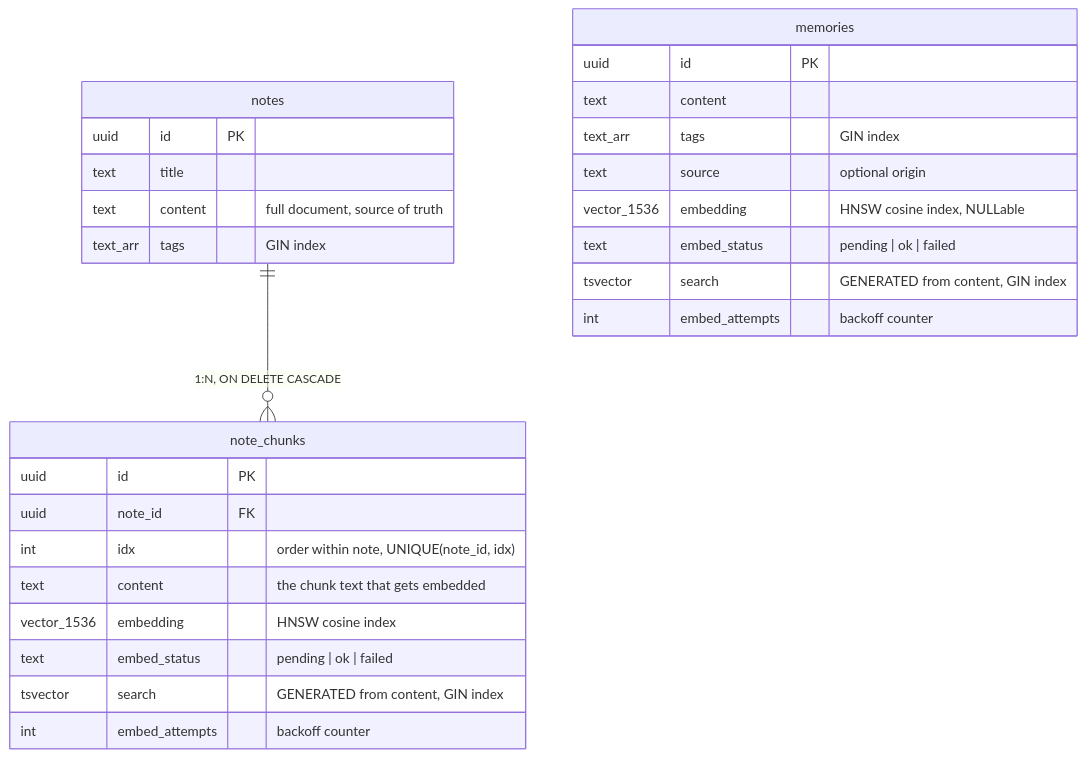
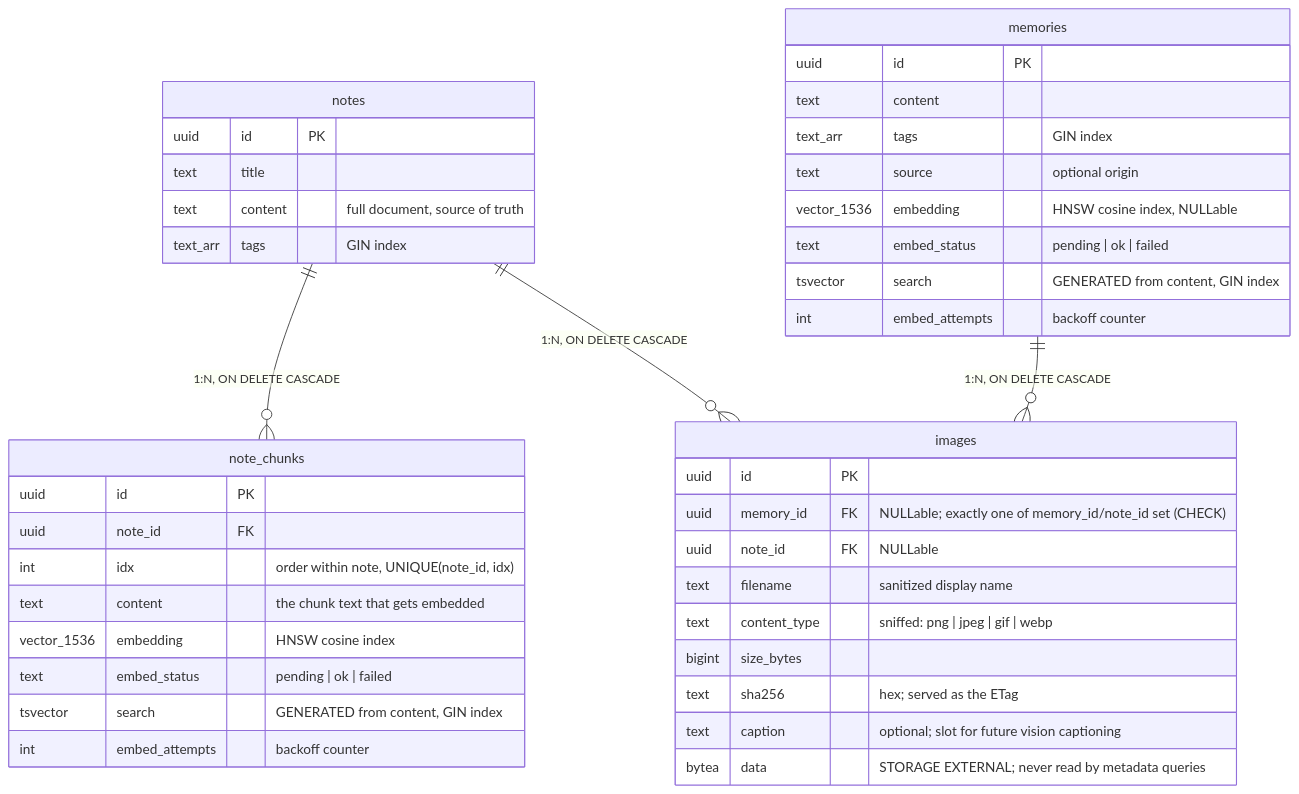
One commit to tmatti/athena changed the fourth of 7 diagrams in docs/architecture.md. Above: the diagram before and after it, drawn with Mermaid. The commit also changed other lines of this file and 18 other files, not shown here.

````diff
--- a/docs/architecture.md
+++ b/docs/architecture.md
@@ -114,30 +115,43 @@
 ```mermaid
 erDiagram
     notes ||--o{ note_chunks : "1:N, ON DELETE CASCADE"
+    memories ||--o{ images : "1:N, ON DELETE CASCADE"
+    notes ||--o{ images : "1:N, ON DELETE CASCADE"
     memories {
         uuid id PK
         text content
         text_arr tags "GIN index"
         text source "optional origin"
         vector_1536 embedding "HNSW cosine index, NULLable"
         text embed_status "pending | ok | failed"
         tsvector search "GENERATED from content, GIN index"
         int embed_attempts "backoff counter"
     }
     notes {
         uuid id PK
         text title
         text content "full document, source of truth"
         text_arr tags "GIN index"
     }
     note_chunks {
         uuid id PK
         uuid note_id FK
         int idx "order within note, UNIQUE(note_id, idx)"
         text content "the chunk text that gets embedded"
         vector_1536 embedding "HNSW cosine index"
         text embed_status "pending | ok | failed"
         tsvector search "GENERATED from content, GIN index"
         int embed_attempts "backoff counter"
     }
+    images {
+        uuid id PK
+        uuid memory_id FK "NULLable; exactly one of memory_id/note_id set (CHECK)"
+        uuid note_id FK "NULLable"
+        text filename "sanitized display name"
+        text content_type "sniffed: png | jpeg | gif | webp"
+        bigint size_bytes
+        text sha256 "hex; served as the ETag"
+        text caption "optional; slot for future vision captioning"
+        bytea data "STORAGE EXTERNAL; never read by metadata queries"
+    }
 ```
````
